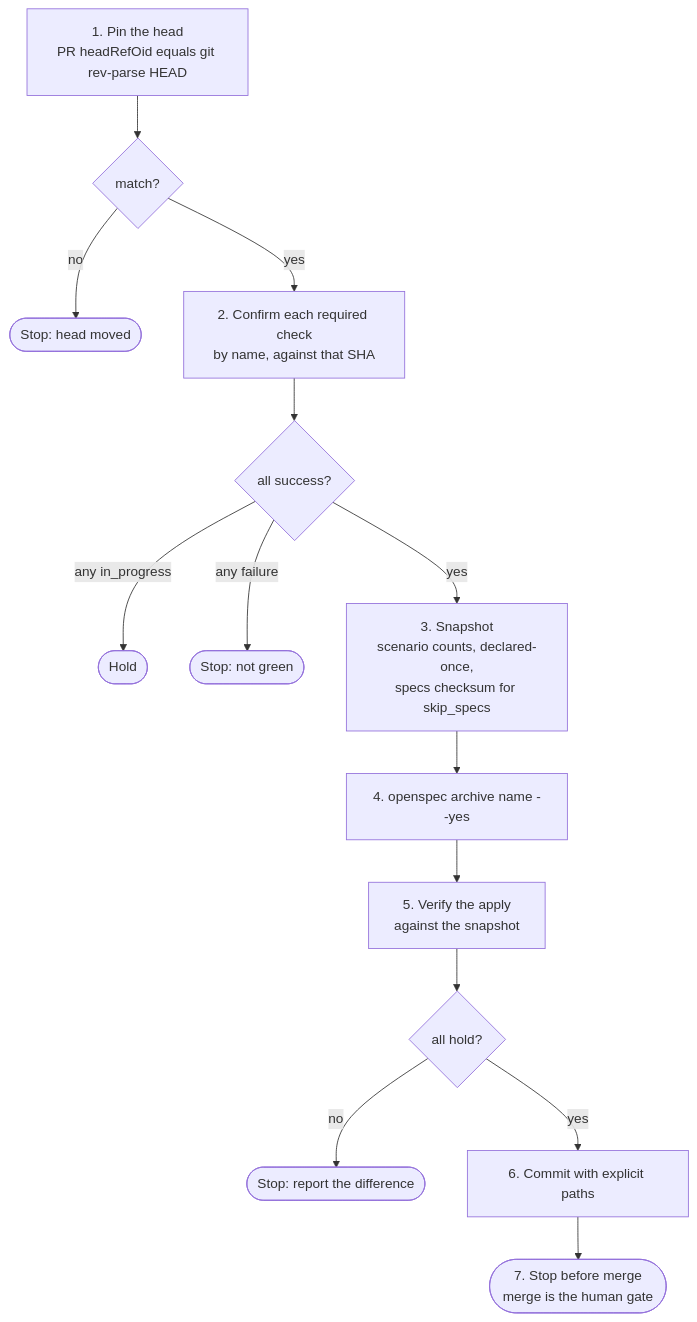
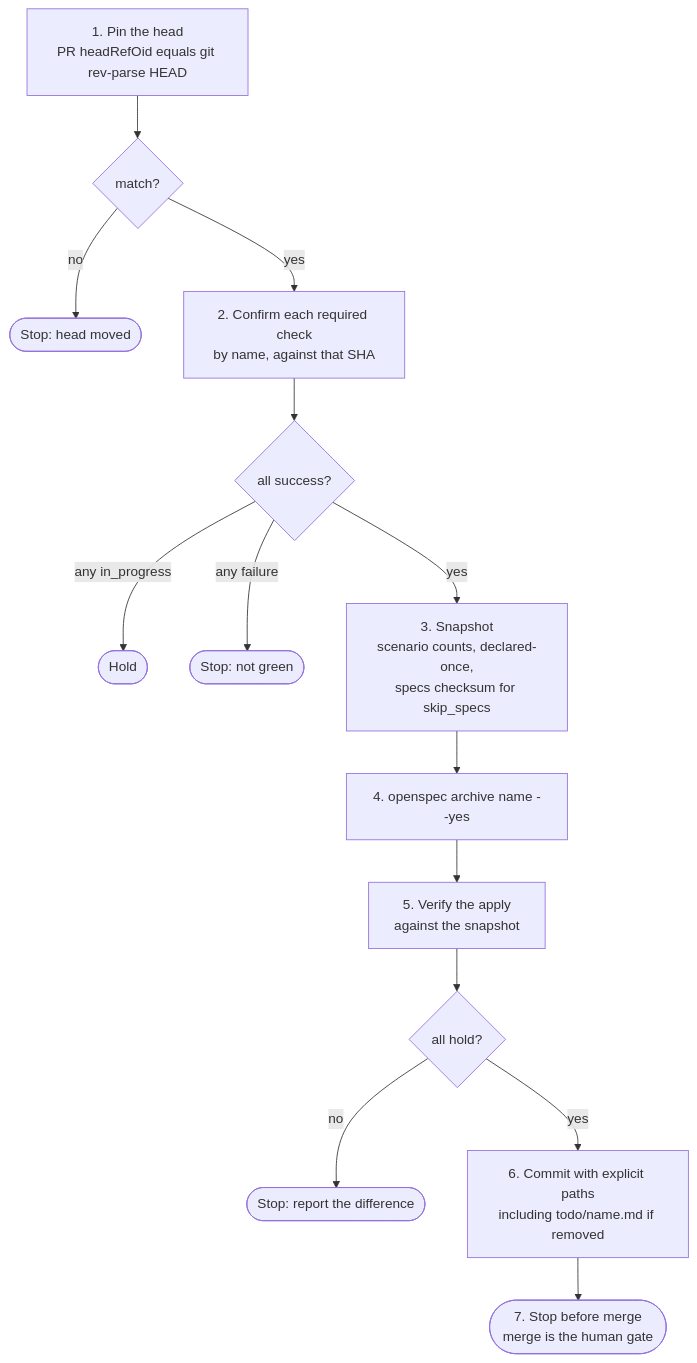
Before and after one commit to codecicada/openspec-flow: the third of 6 diagrams in docs/change-flow.md, drawn with Mermaid. The commit also changed other lines of this file and 6 other files, not shown here.

````diff
--- a/docs/change-flow.md
+++ b/docs/change-flow.md
@@ -220,16 +225,16 @@
 ```mermaid
 flowchart TD
   a1["1. Pin the head<br/>PR headRefOid equals git rev-parse HEAD"] --> a1q{"match?"}
   a1q -- no --> stopA(["Stop: head moved"])
   a1q -- yes --> a2["2. Confirm each required check<br/>by name, against that SHA"]
   a2 --> a2q{"all success?"}
   a2q -- "any in_progress" --> hold(["Hold"])
   a2q -- "any failure" --> stopB(["Stop: not green"])
   a2q -- yes --> a3["3. Snapshot<br/>scenario counts, declared-once,<br/>specs checksum for skip_specs"]
   a3 --> a4["4. openspec archive name --yes"]
   a4 --> a5["5. Verify the apply<br/>against the snapshot"]
   a5 --> a5q{"all hold?"}
   a5q -- no --> stopC(["Stop: report the difference"])
-  a5q -- yes --> a6["6. Commit with explicit paths"]
+  a5q -- yes --> a6["6. Commit with explicit paths<br/>including todo/name.md if removed"]
   a6 --> a7(["7. Stop before merge<br/>merge is the human gate"])
 ```
````
